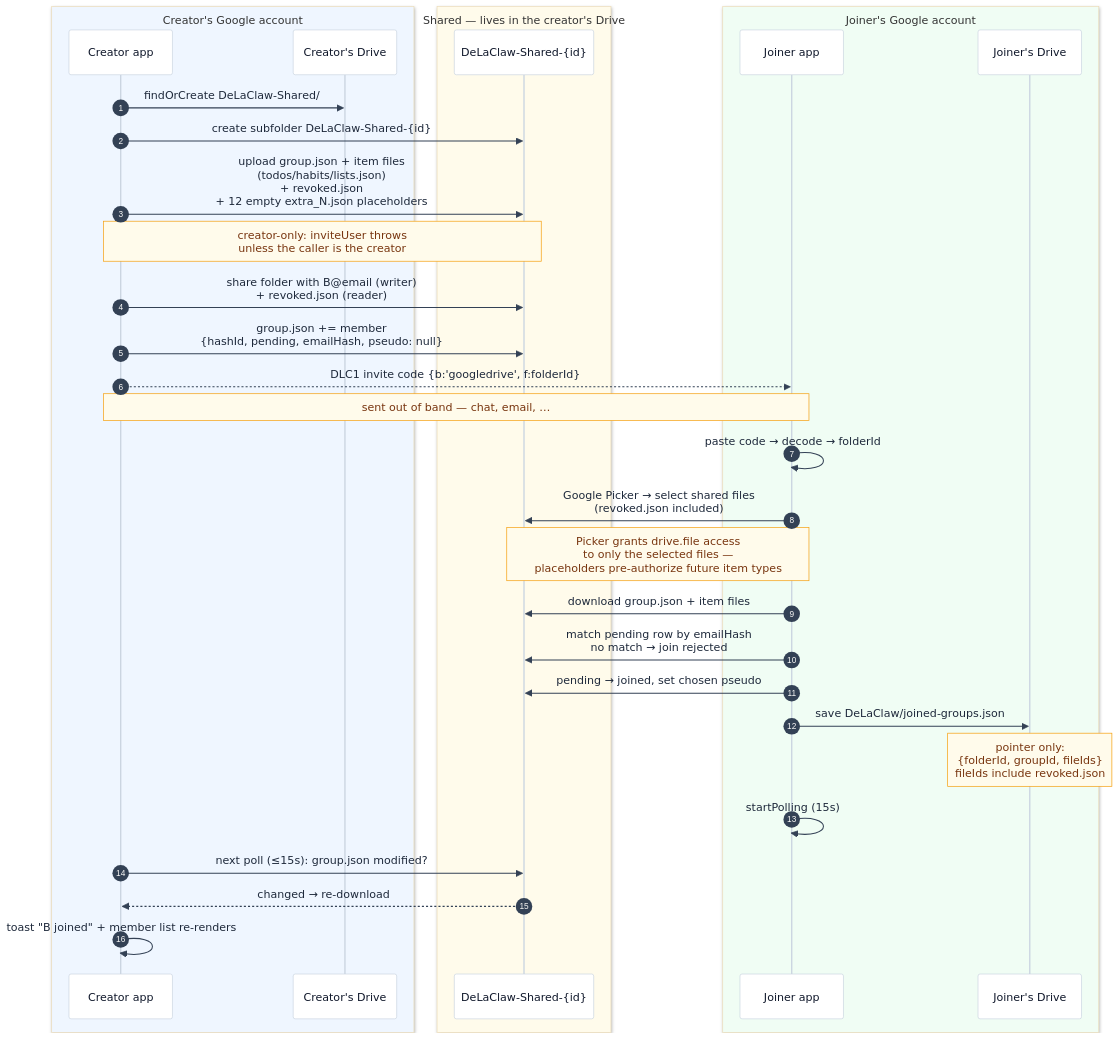
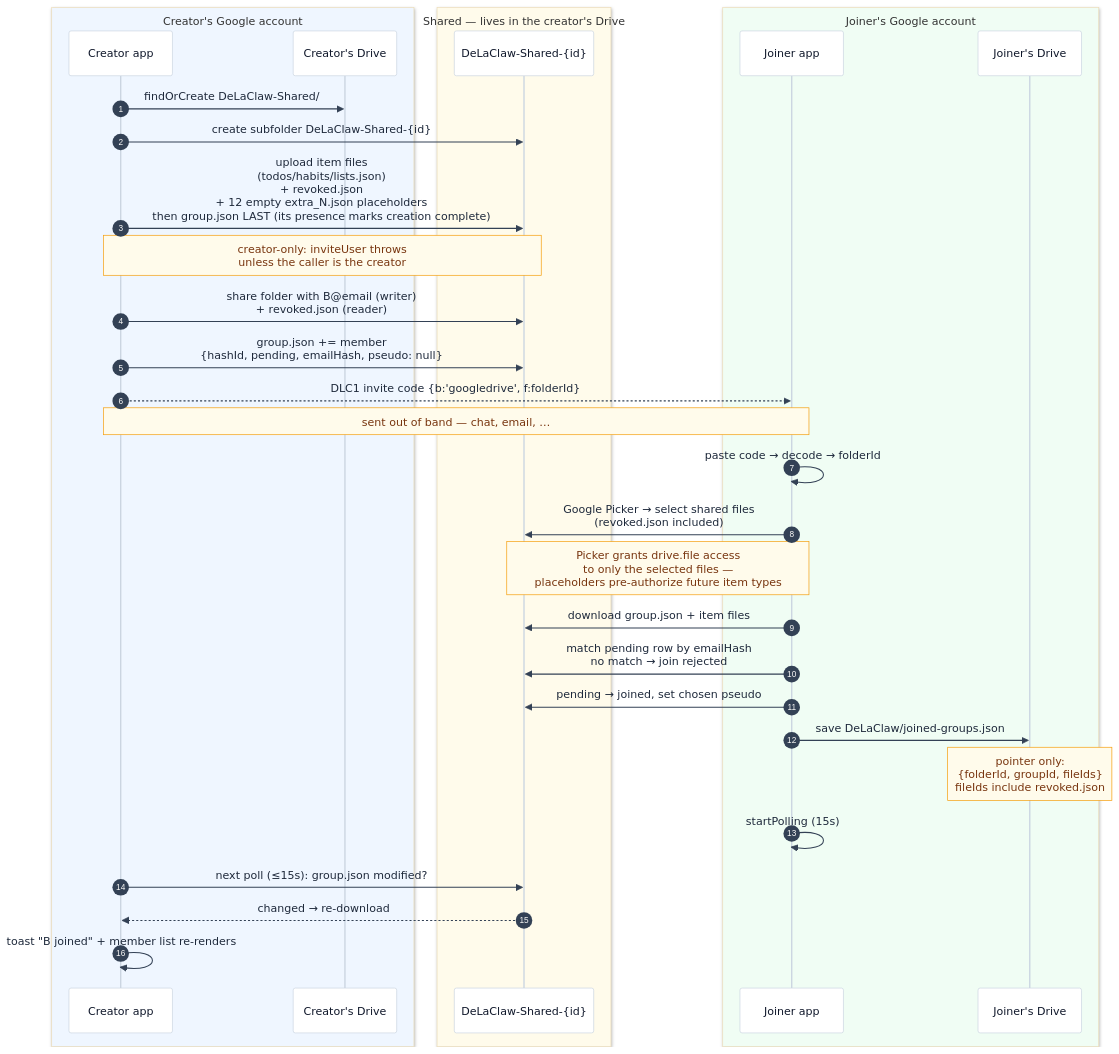
The second of 9 diagrams in docs-site/sharing.md (AntGro/DeLaClaw), drawn with Mermaid before and after one commit. The commit also changed 9 other files, not shown here.

````diff
--- a/docs-site/sharing.md
+++ b/docs-site/sharing.md
@@ -140,37 +140,37 @@
 ```mermaid
 %%{init: {'theme': 'base', 'themeVariables': {'background': '#fbfaf8', 'actorBkg': '#ffffff', 'actorBorder': '#cbd5e1', 'actorTextColor': '#0f172a', 'actorLineColor': '#cbd5e1', 'signalColor': '#334155', 'signalTextColor': '#1e293b', 'noteBkgColor': '#fffbeb', 'noteBorderColor': '#f59e0b', 'noteTextColor': '#78350f', 'labelBoxBkgColor': '#0f172a', 'labelBoxBorderColor': '#0f172a', 'labelTextColor': '#ffffff'}}}%%
 sequenceDiagram
     autonumber
     box rgb(239,246,255) Creator's Google account
     participant CA as Creator app
     participant CD as Creator's Drive
     end
     box rgb(255,251,235) Shared — lives in the creator's Drive
     participant SF as DeLaClaw-Shared-{id}
     end
     box rgb(240,253,244) Joiner's Google account
     participant JA as Joiner app
     participant JD as Joiner's Drive
     end
 
     CA->>CD: findOrCreate DeLaClaw-Shared/
     CA->>SF: create subfolder DeLaClaw-Shared-{id}
-    CA->>SF: upload group.json + item files<br/>(todos/habits/lists.json)<br/>+ revoked.json<br/>+ 12 empty extra_N.json placeholders
+    CA->>SF: upload item files<br/>(todos/habits/lists.json)<br/>+ revoked.json<br/>+ 12 empty extra_N.json placeholders<br/>then group.json LAST (its presence marks creation complete)
     Note over CA,SF: creator-only: inviteUser throws<br/>unless the caller is the creator
     CA->>SF: share folder with B@email (writer)<br/>+ revoked.json (reader)
     CA->>SF: group.json += member<br/>{hashId, pending, emailHash, pseudo: null}
     CA-->>JA: DLC1 invite code {b:'googledrive', f:folderId}
     Note over CA,JA: sent out of band — chat, email, …
     JA->>JA: paste code → decode → folderId
     JA->>SF: Google Picker → select shared files<br/>(revoked.json included)
     Note over JA,SF: Picker grants drive.file access<br/>to only the selected files —<br/>placeholders pre-authorize future item types
     JA->>SF: download group.json + item files
     JA->>SF: match pending row by emailHash<br/>no match → join rejected
     JA->>SF: pending → joined, set chosen pseudo
     JA->>JD: save DeLaClaw/joined-groups.json
     Note over JD: pointer only:<br/>{folderId, groupId, fileIds}<br/>fileIds include revoked.json
     JA->>JA: startPolling (15s)
     CA->>SF: next poll (≤15s): group.json modified?
     SF-->>CA: changed → re-download
     CA->>CA: toast "B joined" + member list re-renders
 ```
````
